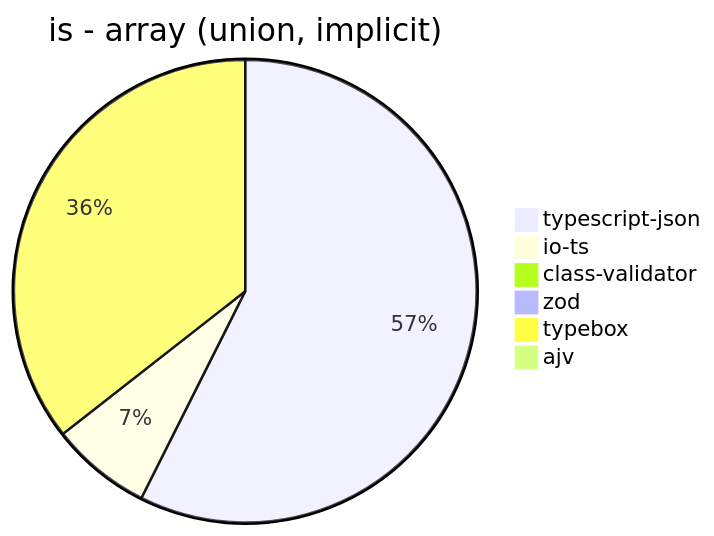
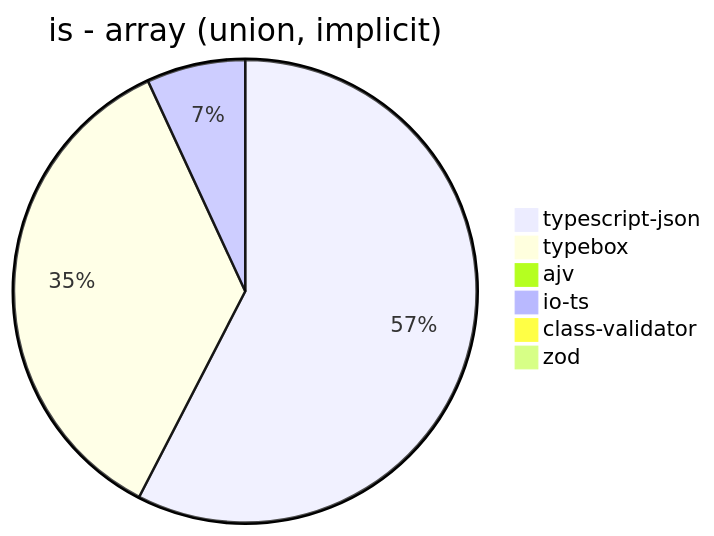
The seventh of 39 diagrams in benchmark/results/AMD Ryzen 7 5800H with Radeon Graphics.md (samchon/typia), drawn with Mermaid before and after one commit. The commit also changed other lines of this file and 7 other files, not shown here.

````diff
--- a/benchmark/results/AMD Ryzen 7 5800H with Radeon Graphics.md
+++ b/benchmark/results/AMD Ryzen 7 5800H with Radeon Graphics.md
@@ -87,9 +87,9 @@
 ```mermaid
 pie title is - array (union, implicit)
-  "typescript-json": 3712.7172918572737
-  "io-ts": 454.3400489549991
-  "class-validator": 8.281192491718807
-  "zod": 3.763643206624012
-  "typebox": 2300.5096468875136
+  "typescript-json": 3887.912482065997
+  "typebox": 2398.627341866073
   "ajv": 0
+  "io-ts": 465.70193572636725
+  "class-validator": 8.304748149485468
+  "zod": 3.7664783427495294
 ```
````
